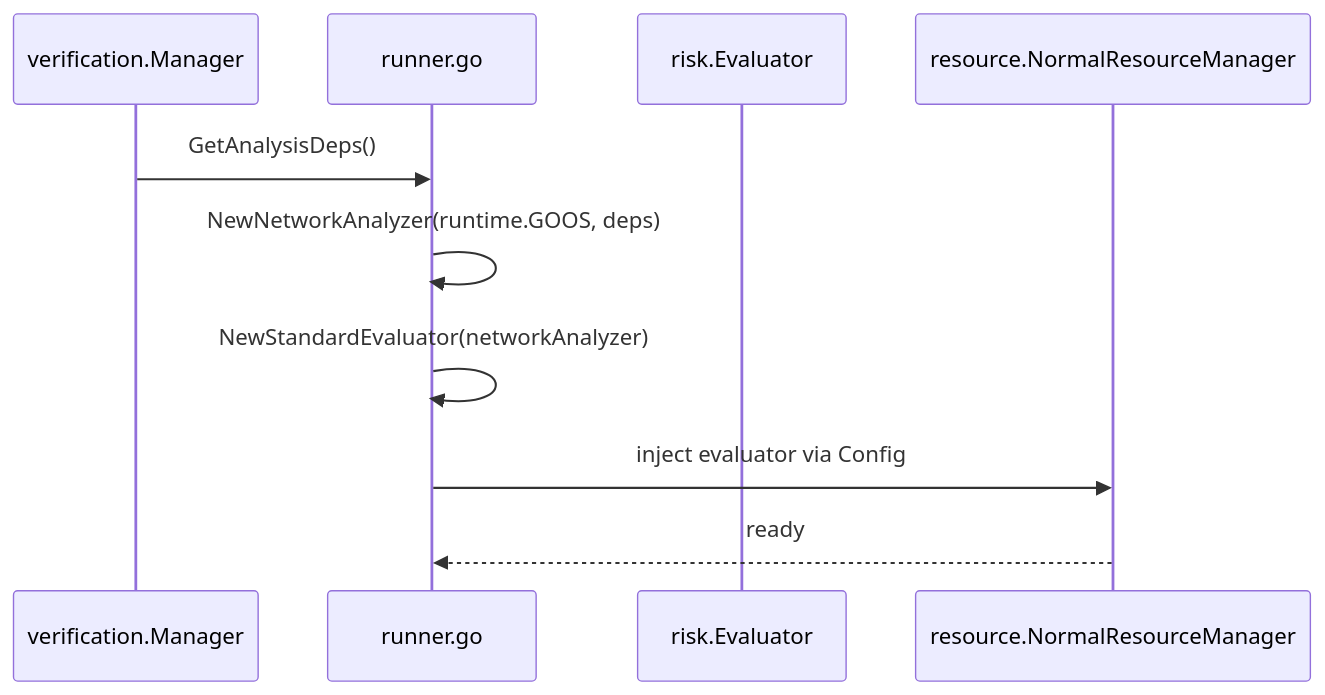
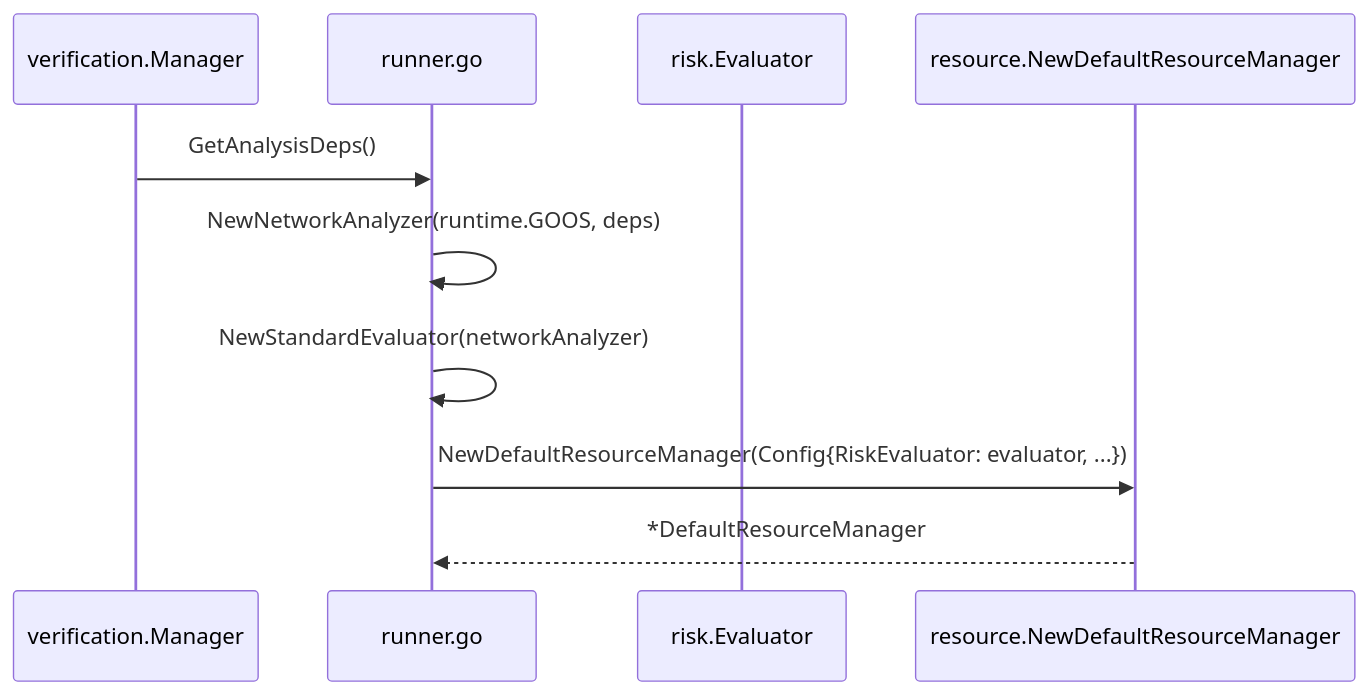
Before and after one commit to isseis/go-safe-cmd-runner: the eighth of 9 diagrams in docs/tasks/0127_network_analyzer_dependency_simplification/02_architecture.md, drawn with Mermaid. The commit also changed other lines of this file, not shown here.

First line of the commit message:
doc(task 0127): Fix architecture document inaccuracies

````diff
--- a/docs/tasks/0127_network_analyzer_dependency_simplification/02_architecture.md
+++ b/docs/tasks/0127_network_analyzer_dependency_simplification/02_architecture.md
@@ -315,13 +321,13 @@
 ```mermaid
 sequenceDiagram
     participant VM as verification.Manager
     participant Runner as runner.go
     participant Eval as risk.Evaluator
-    participant Res as resource.NormalResourceManager
+    participant Res as resource.NewDefaultResourceManager
 
     VM->>Runner: GetAnalysisDeps()
     Runner->>Runner: NewNetworkAnalyzer(runtime.GOOS, deps)
     Runner->>Runner: NewStandardEvaluator(networkAnalyzer)
-    Runner->>Res: inject evaluator via Config
-    Res-->>Runner: ready
+    Runner->>Res: NewDefaultResourceManager(Config{RiskEvaluator: evaluator, ...})
+    Res-->>Runner: *DefaultResourceManager
 ```
````
